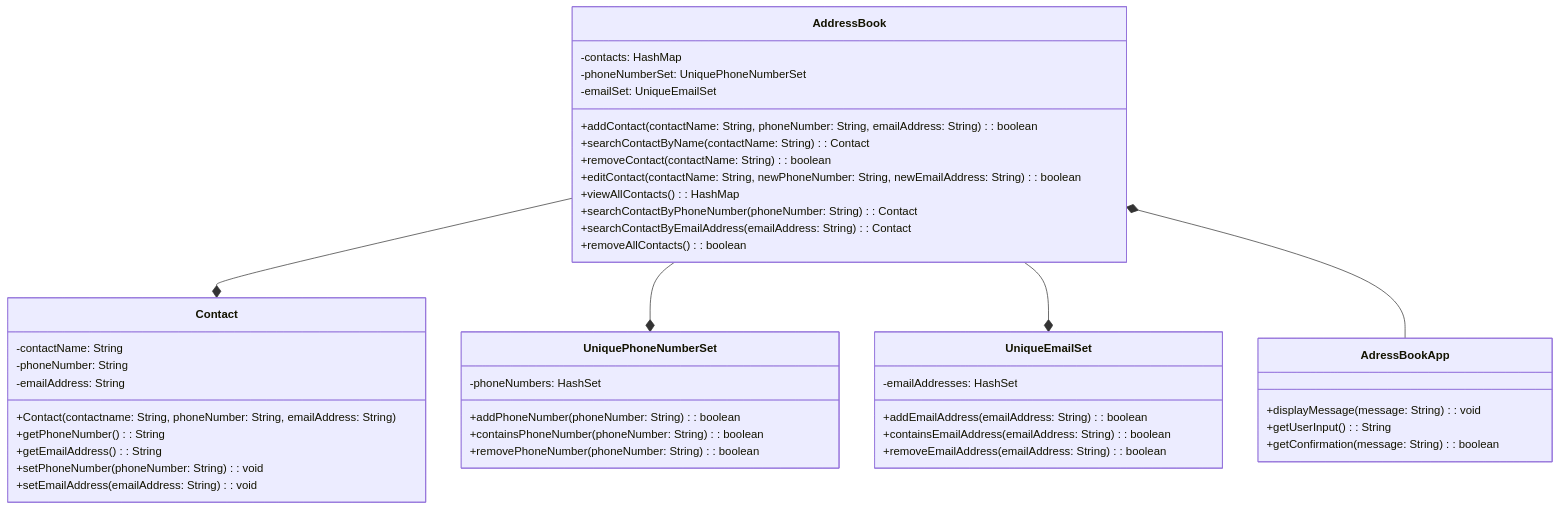
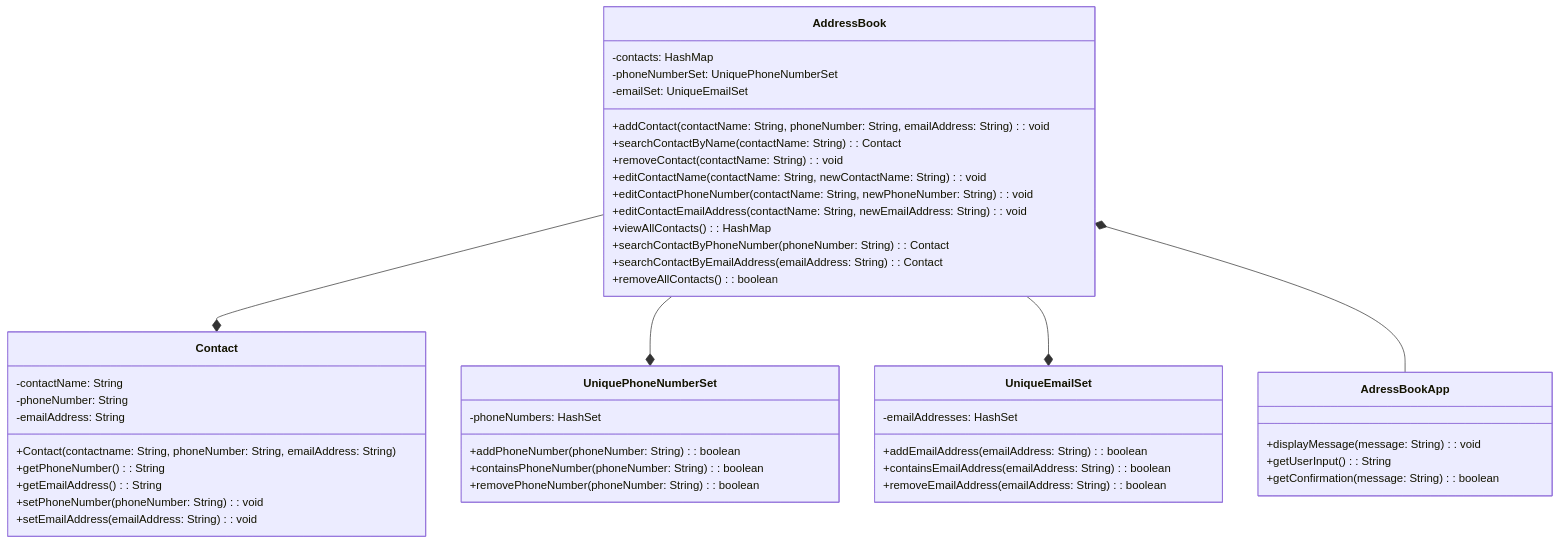
Before and after one commit to Cristina-Pat/address-book: the diagram in docs/domain-models-test-plan.md, drawn with Mermaid. The commit also changed other lines of this file and 3 other files, not shown here.

````diff
--- a/docs/domain-models-test-plan.md
+++ b/docs/domain-models-test-plan.md
@@ -44,56 +48,58 @@
 ``` mermaid
 classDiagram
   class AddressBook {
     %% these are the core features
     -contacts: HashMap<String, Contact> 
     -phoneNumberSet: UniquePhoneNumberSet
     -emailSet: UniqueEmailSet
-    +addContact(contactName: String, phoneNumber: String, emailAddress: String): boolean
+    +addContact(contactName: String, phoneNumber: String, emailAddress: String): void
     +searchContactByName(contactName: String): Contact
-    +removeContact(contactName: String): boolean
-    +editContact(contactName: String, newPhoneNumber: String, newEmailAddress: String): boolean
+    +removeContact(contactName: String): void
+    +editContactName(contactName: String, newContactName: String): void
+    +editContactPhoneNumber(contactName: String, newPhoneNumber: String): void
+    +editContactEmailAddress(contactName: String, newEmailAddress: String): void
     +viewAllContacts(): HashMap<String, Contact>
     %% these are the aditional features
     +searchContactByPhoneNumber(phoneNumber: String): Contact
     +searchContactByEmailAddress(emailAddress: String): Contact
     +removeAllContacts(): boolean
   }
 
   class Contact {
     -contactName: String
     -phoneNumber: String
     -emailAddress: String
     +Contact(contactname: String, phoneNumber: String, emailAddress: String)
     +getPhoneNumber(): String
     +getEmailAddress(): String
     +setPhoneNumber(phoneNumber: String): void
     +setEmailAddress(emailAddress: String): void
   }
 
   %% This class ensures that duplicate phone numbers are not allowed, as the HashSet contains unique elements
   class UniquePhoneNumberSet {
     -phoneNumbers: HashSet<String>
     +addPhoneNumber(phoneNumber: String): boolean
     +containsPhoneNumber(phoneNumber: String): boolean
     +removePhoneNumber(phoneNumber: String): boolean
   }
   %% This class ensures that emails are not allowed, as the HashSet contains unique elements
   class UniqueEmailSet {
     -emailAddresses: HashSet<String>
     +addEmailAddress(emailAddress: String): boolean
     +containsEmailAddress(emailAddress: String): boolean
     +removeEmailAddress(emailAddress: String): boolean
   }
 
   class AdressBookApp {
     +displayMessage(message: String): void
     +getUserInput(): String
     %% This is a part of the aditional features
     +getConfirmation(message: String): boolean
   }
 
   AddressBook --* Contact
   AddressBook --* UniquePhoneNumberSet
   AddressBook --* UniqueEmailSet
   AddressBook *-- AdressBookApp
 ```
````
